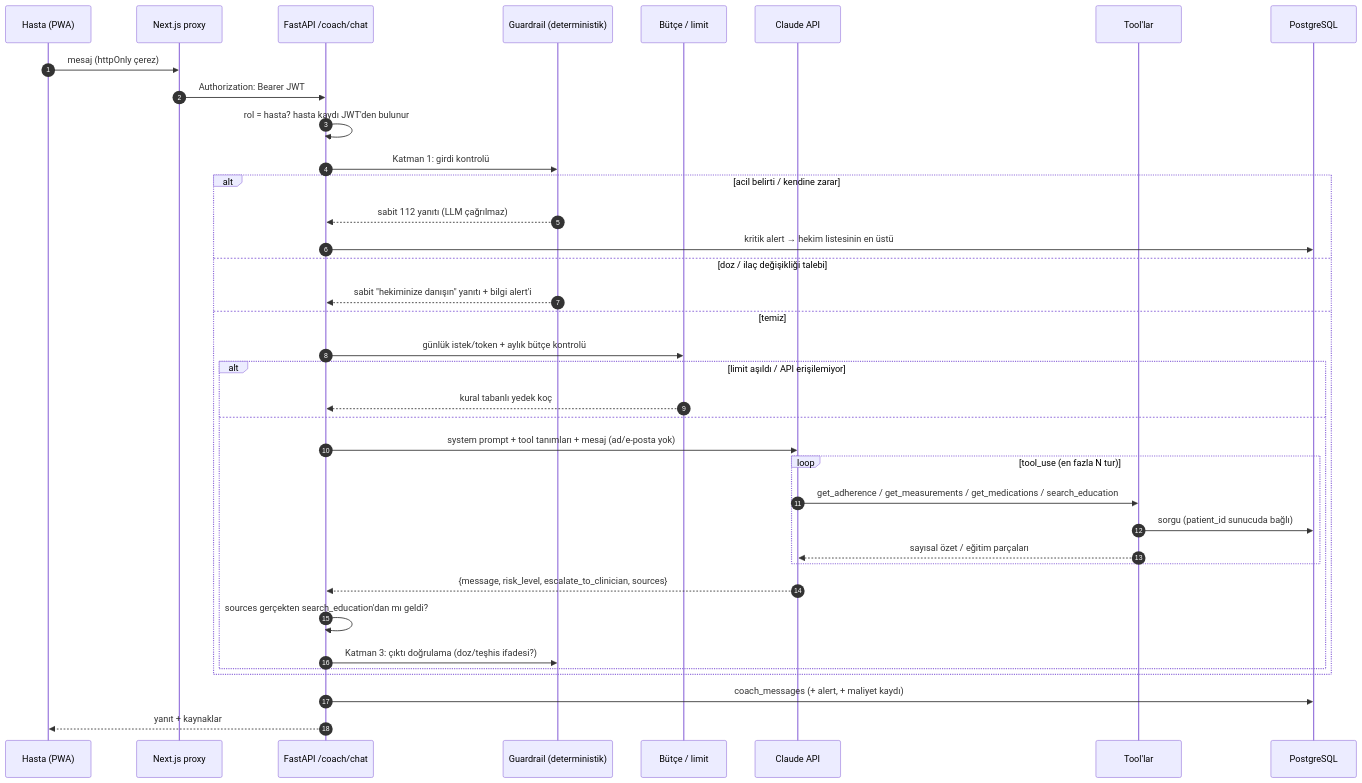
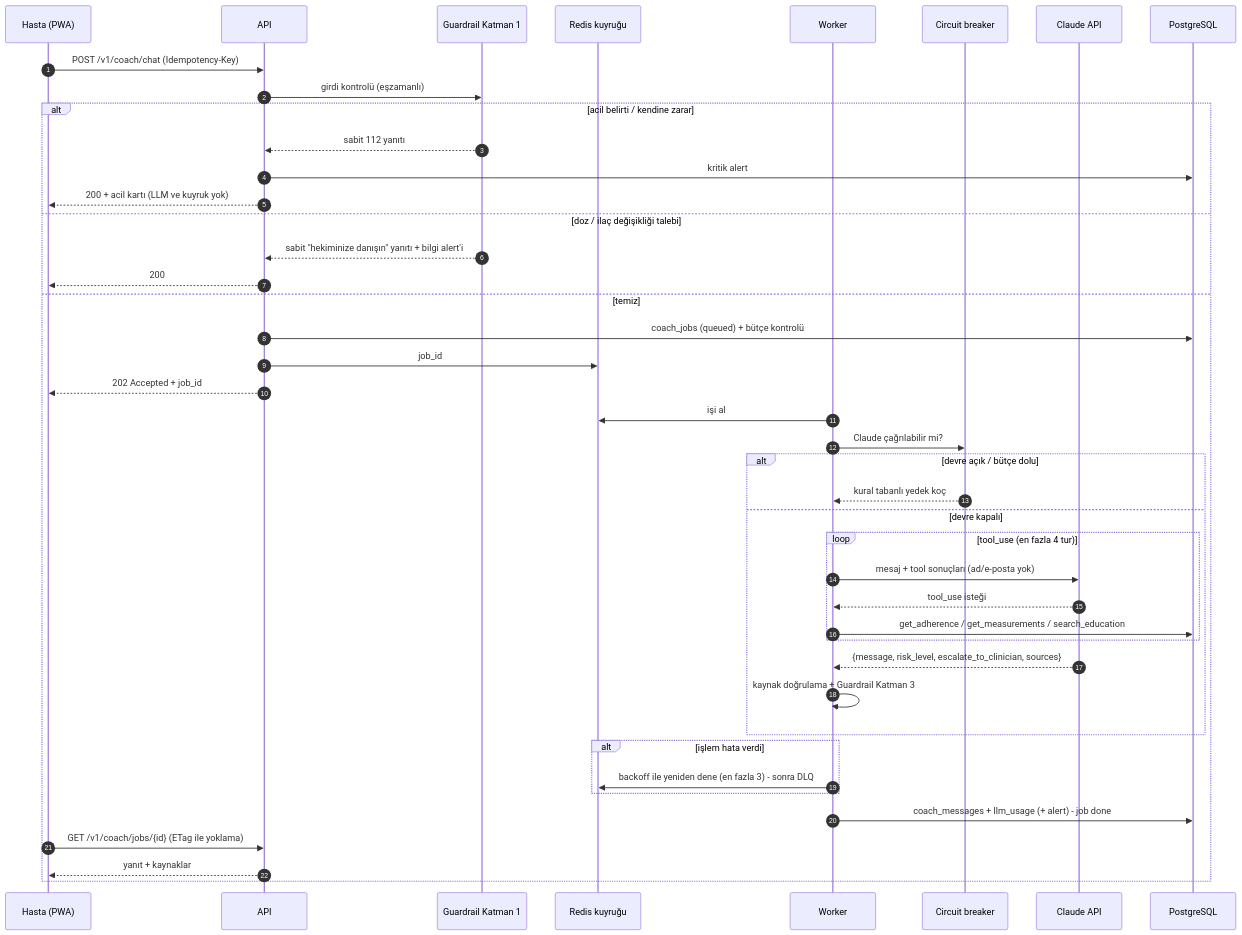
One commit to Nisagwn/ilac-uyum-kocu changed the fourth of 8 diagrams in docs/M1/05-mimari.md. Above: the diagram before and after it, drawn with Mermaid. The commit also changed other lines of this file and 8 other files, not shown here.

Commit message:
M1: mimariye reverse proxy, load balancing, rate limit, idempotency, circuit breaker ve DLQ eklendi

````diff
--- a/docs/M1/05-mimari.md
+++ b/docs/M1/05-mimari.md
@@ -131,40 +194,46 @@
 ```mermaid
 sequenceDiagram
     autonumber
     participant H as Hasta (PWA)
-    participant N as Next.js proxy
-    participant A as FastAPI /coach/chat
-    participant G as Guardrail (deterministik)
-    participant B as Bütçe / limit
+    participant A as API
+    participant G as Guardrail Katman 1
+    participant Q as Redis kuyruğu
+    participant W as Worker
+    participant CB as Circuit breaker
     participant L as Claude API
-    participant T as Tool'lar
     participant D as PostgreSQL
 
-    H->>N: mesaj (httpOnly çerez)
-    N->>A: Authorization: Bearer JWT
-    A->>A: rol = hasta? hasta kaydı JWT'den bulunur
-    A->>G: Katman 1: girdi kontrolü
+    H->>A: POST /v1/coach/chat (Idempotency-Key)
+    A->>G: girdi kontrolü (eşzamanlı)
     alt acil belirti / kendine zarar
-        G-->>A: sabit 112 yanıtı (LLM çağrılmaz)
-        A->>D: kritik alert → hekim listesinin en üstü
+        G-->>A: sabit 112 yanıtı
+        A->>D: kritik alert
+        A-->>H: 200 + acil kartı (LLM ve kuyruk yok)
     else doz / ilaç değişikliği talebi
         G-->>A: sabit "hekiminize danışın" yanıtı + bilgi alert'i
+        A-->>H: 200
     else temiz
-        A->>B: günlük istek/token + aylık bütçe kontrolü
-        alt limit aşıldı / API erişilemiyor
-            B-->>A: kural tabanlı yedek koç
-        else
-            A->>L: system prompt + tool tanımları + mesaj (ad/e-posta yok)
-            loop tool_use (en fazla N tur)
-                L->>T: get_adherence / get_measurements / get_medications / search_education
-                T->>D: sorgu (patient_id sunucuda bağlı)
-                T-->>L: sayısal özet / eğitim parçaları
+        A->>D: coach_jobs (queued) + bütçe kontrolü
+        A->>Q: job_id
+        A-->>H: 202 Accepted + job_id
+        W->>Q: işi al
+        W->>CB: Claude çağrılabilir mi?
+        alt devre açık / bütçe dolu
+            CB-->>W: kural tabanlı yedek koç
+        else devre kapalı
+            loop tool_use (en fazla 4 tur)
+                W->>L: mesaj + tool sonuçları (ad/e-posta yok)
+                L-->>W: tool_use isteği
+                W->>D: get_adherence / get_measurements / search_education
             end
-            L-->>A: {message, risk_level, escalate_to_clinician, sources}
-            A->>A: sources gerçekten search_education'dan mı geldi?
-            A->>G: Katman 3: çıktı doğrulama (doz/teşhis ifadesi?)
+            L-->>W: {message, risk_level, escalate_to_clinician, sources}
+            W->>W: kaynak doğrulama + Guardrail Katman 3
         end
+        alt işlem hata verdi
+            W->>Q: backoff ile yeniden dene (en fazla 3) - sonra DLQ
+        end
+        W->>D: coach_messages + llm_usage (+ alert) - job done
+        H->>A: GET /v1/coach/jobs/{id} (ETag ile yoklama)
+        A-->>H: yanıt + kaynaklar
     end
-    A->>D: coach_messages (+ alert, + maliyet kaydı)
-    A-->>H: yanıt + kaynaklar
 ```
````
